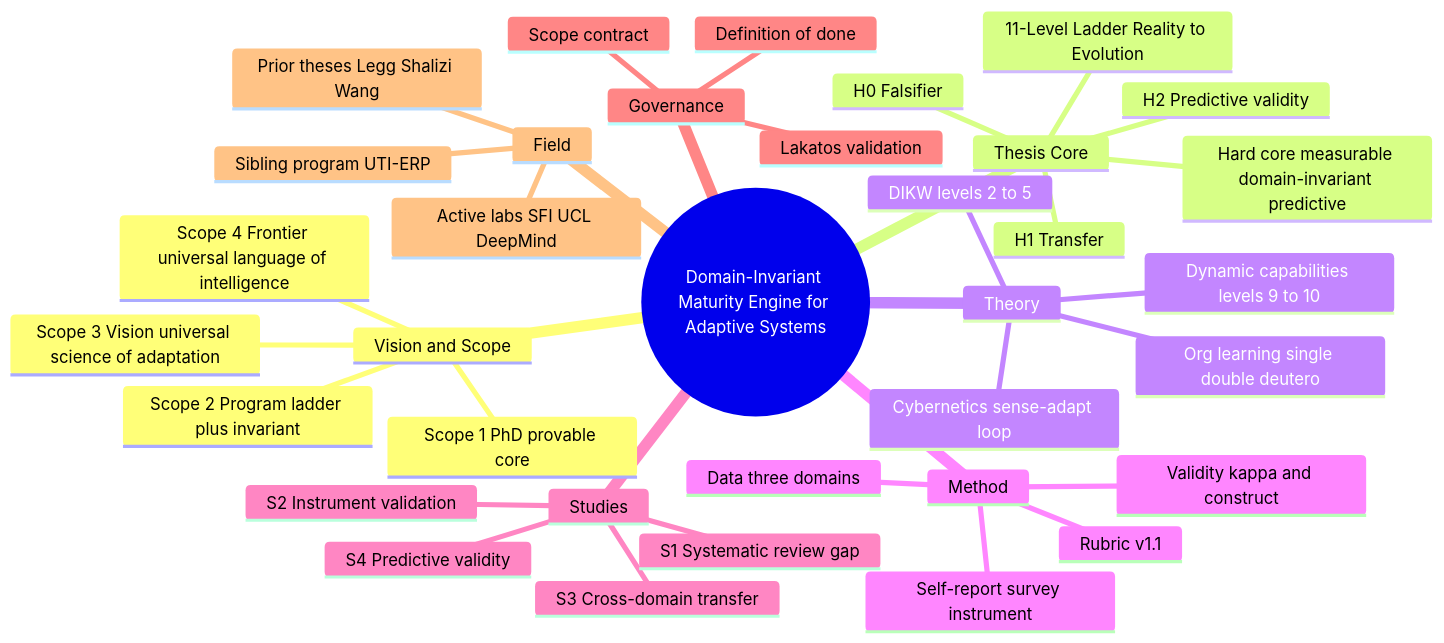
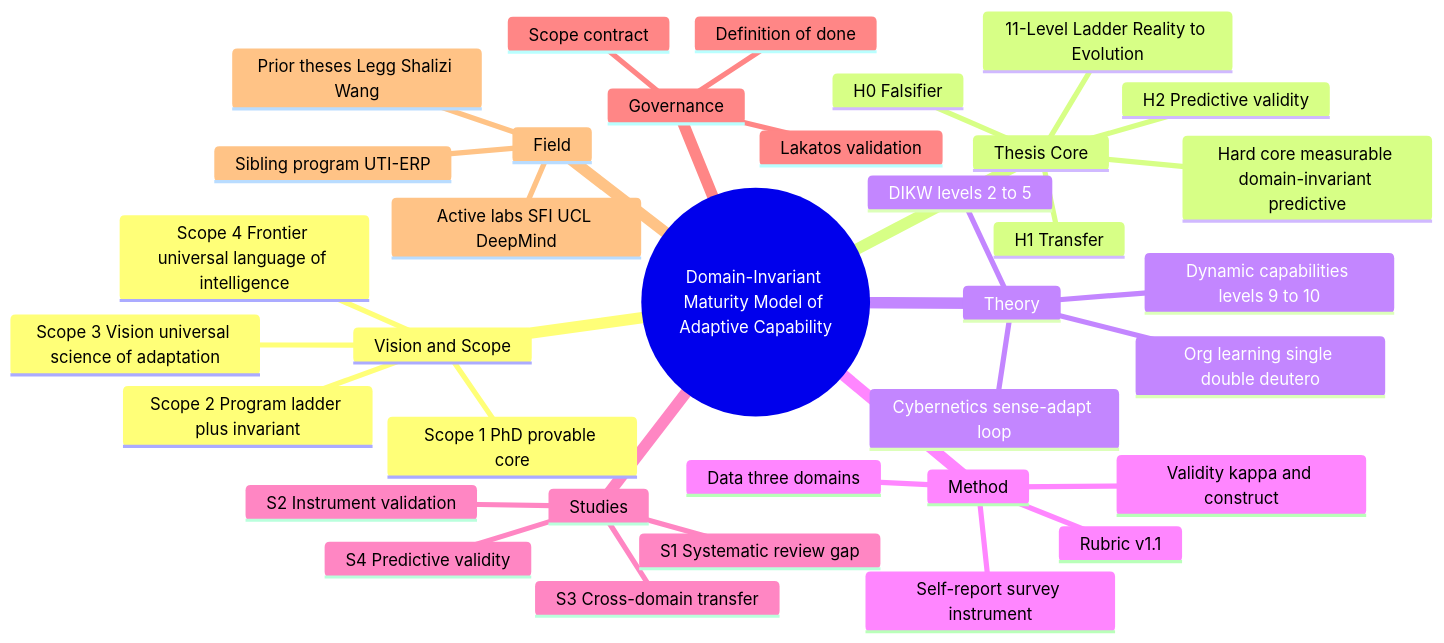
Before and after one commit to rvijayagopalan-dev/uee-evolution-engine: the first of 3 diagrams in research/concept-map.md, drawn with Mermaid. The commit also changed other lines of this file and 4 other files, not shown here.

First line of the commit message:
Retitle thesis to Maturity Model of Adaptive Capability

````diff
--- a/research/concept-map.md
+++ b/research/concept-map.md
@@ -11,38 +11,38 @@
 ```mermaid
 mindmap
-  root((Domain-Invariant Maturity Engine for Adaptive Systems))
+  root((Domain-Invariant Maturity Model of Adaptive Capability))
     Vision and Scope
       Scope 1 PhD provable core
       Scope 2 Program ladder plus invariant
       Scope 3 Vision universal science of adaptation
       Scope 4 Frontier universal language of intelligence
     Thesis Core
       Hard core measurable domain-invariant predictive
       11-Level Ladder Reality to Evolution
       H1 Transfer
       H2 Predictive validity
       H0 Falsifier
     Theory
       DIKW levels 2 to 5
       Cybernetics sense-adapt loop
       Org learning single double deutero
       Dynamic capabilities levels 9 to 10
     Method
       Rubric v1.1
       Self-report survey instrument
       Data three domains
       Validity kappa and construct
     Studies
       S1 Systematic review gap
       S2 Instrument validation
       S3 Cross-domain transfer
       S4 Predictive validity
     Governance
       Scope contract
       Lakatos validation
       Definition of done
     Field
       Prior theses Legg Shalizi Wang
       Active labs SFI UCL DeepMind
       Sibling program UTI-ERP
 ```
````
